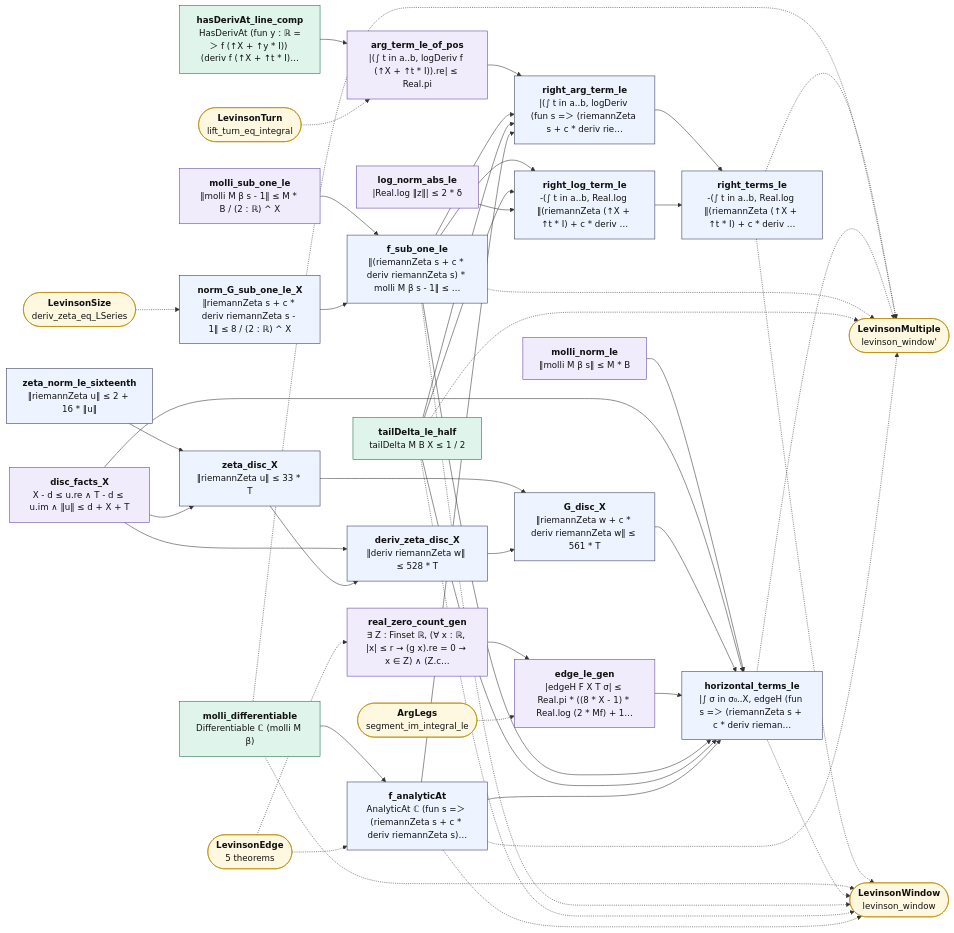
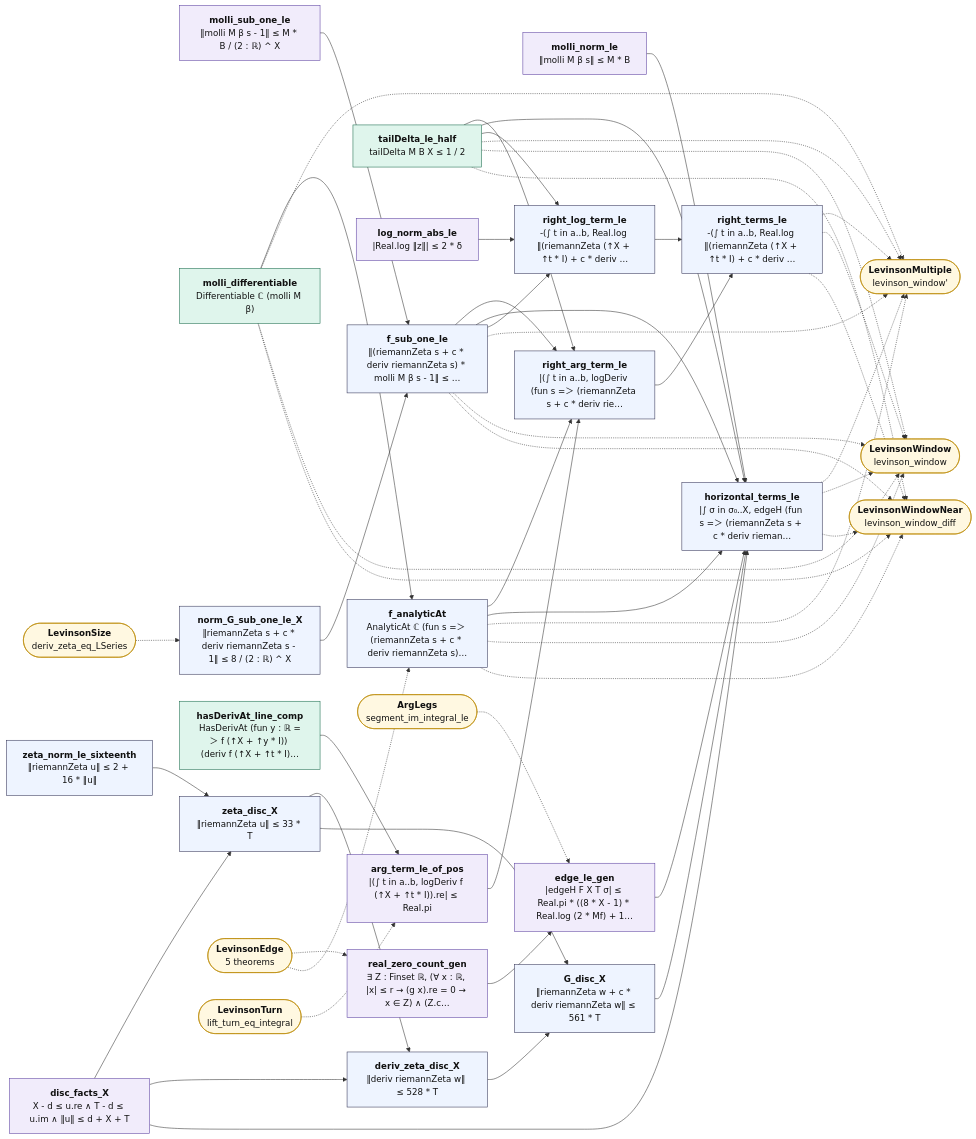
Before and after one commit to juliansambranojr/Primebeat_081426: the diagram in map/lean_stage3/LevinsonMollEdge.md, drawn with Mermaid. The commit also changed other lines of this file and 40 other files, not shown here.

```diff
--- a/map/lean_stage3/LevinsonMollEdge.md
+++ b/map/lean_stage3/LevinsonMollEdge.md
@@ -36,10 +36,11 @@
   n20["<b>horizontal_terms_le</b><br/>|∫ σ in σ₀..X, edgeH (fun s =＞ (riemannZeta s + c * deriv rieman…"]:::thm
   x0(["<b>LevinsonMultiple</b><br/>levinson_window'"]):::ext
   x1(["<b>LevinsonWindow</b><br/>levinson_window"]):::ext
-  x2(["<b>LevinsonSize</b><br/>deriv_zeta_eq_LSeries"]):::ext
-  x3(["<b>LevinsonEdge</b><br/>5 theorems"]):::ext
-  x4(["<b>LevinsonTurn</b><br/>lift_turn_eq_integral"]):::ext
-  x5(["<b>ArgLegs</b><br/>segment_im_integral_le"]):::ext
+  x2(["<b>LevinsonWindowNear</b><br/>levinson_window_diff"]):::ext
+  x3(["<b>LevinsonSize</b><br/>deriv_zeta_eq_LSeries"]):::ext
+  x4(["<b>LevinsonEdge</b><br/>5 theorems"]):::ext
+  x5(["<b>LevinsonTurn</b><br/>lift_turn_eq_integral"]):::ext
+  x6(["<b>ArgLegs</b><br/>segment_im_integral_le"]):::ext
   n0 --> n20
   n1 --> n4
   n10 --> n11
@@ -69,21 +70,27 @@
   n9 --> n12
   n12 -.-> x0
   n12 -.-> x1
+  n12 -.-> x2
   n2 -.-> x0
   n2 -.-> x1
+  n2 -.-> x2
   n20 -.-> x0
   n20 -.-> x1
+  n20 -.-> x2
   n4 -.-> x0
   n4 -.-> x1
+  n4 -.-> x2
   n5 -.-> x0
   n5 -.-> x1
+  n5 -.-> x2
   n8 -.-> x0
   n8 -.-> x1
-  x2 -.-> n3
-  x3 -.-> n18
-  x3 -.-> n8
-  x4 -.-> n10
-  x5 -.-> n19
+  n8 -.-> x2
+  x3 -.-> n3
+  x4 -.-> n18
+  x4 -.-> n8
+  x5 -.-> n10
+  x6 -.-> n19
   classDef cnt fill:#dff5ec,stroke:#17694a,color:#111
   classDef shp fill:#f1ecfb,stroke:#5b3fa0,color:#111
   classDef rh fill:#ffe5e5,stroke:#c22,color:#111,stroke-width:2px
```
